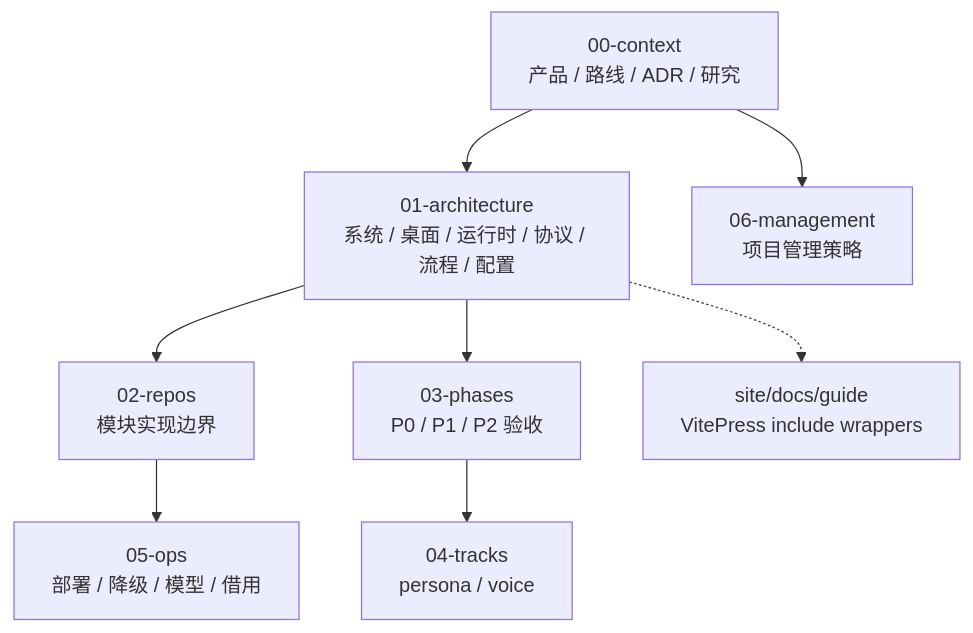
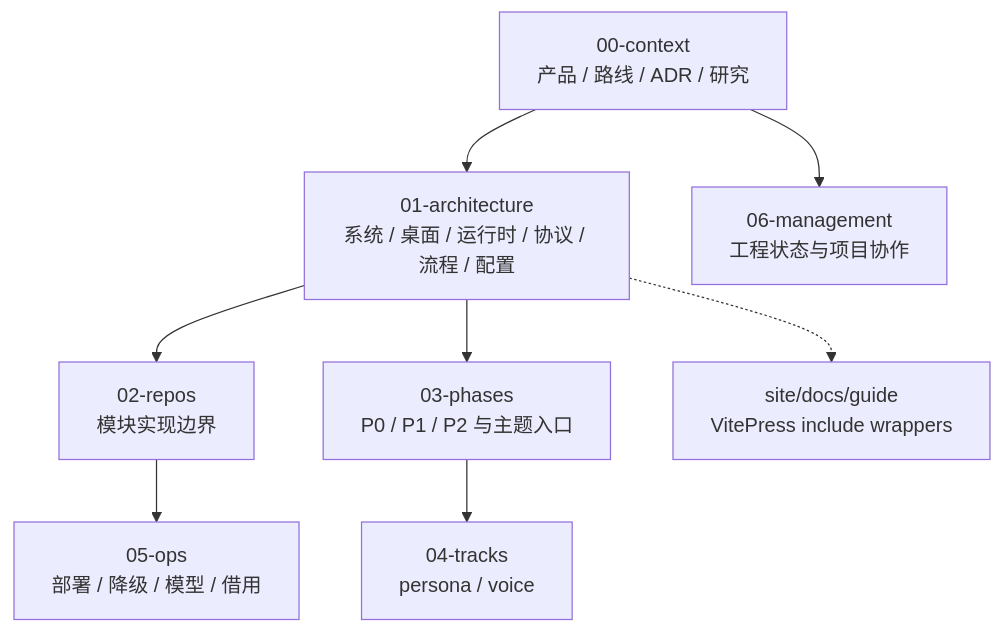
Before and after one commit to Momoyeyu/momo: the diagram in docs/02-repos/momo-docs.md, drawn with Mermaid. The commit also changed other lines of this file and 23 other files, not shown here.

````diff
--- a/docs/02-repos/momo-docs.md
+++ b/docs/02-repos/momo-docs.md
@@ -7,10 +7,10 @@
 ```mermaid
 flowchart TD
     PRODUCT["00-context<br/>产品 / 路线 / ADR / 研究"] --> ARCH["01-architecture<br/>系统 / 桌面 / 运行时 / 协议 / 流程 / 配置"]
     ARCH --> REPOS["02-repos<br/>模块实现边界"]
-    ARCH --> PHASES["03-phases<br/>P0 / P1 / P2 验收"]
+    ARCH --> PHASES["03-phases<br/>P0 / P1 / P2 与主题入口"]
     PHASES --> TRACKS["04-tracks<br/>persona / voice"]
     REPOS --> OPS["05-ops<br/>部署 / 降级 / 模型 / 借用"]
-    PRODUCT --> MGMT["06-management<br/>项目管理策略"]
+    PRODUCT --> MGMT["06-management<br/>工程状态与项目协作"]
     ARCH -.-> SITE["site/docs/guide<br/>VitePress include wrappers"]
 ```
````
